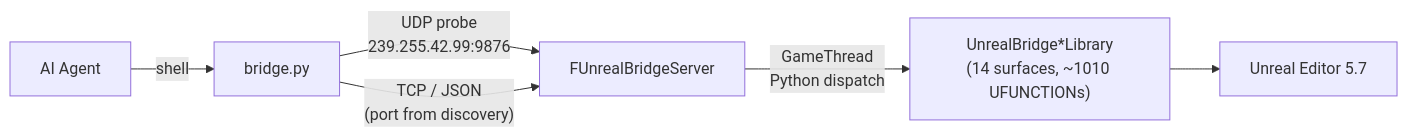
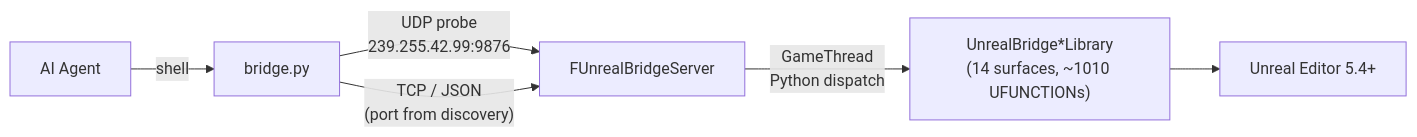
The diagram in README.md (TornLux/UnrealBridge), drawn with Mermaid before and after one commit. The commit also changed other lines of this file and 5 other files, not shown here.

````diff
--- a/README.md
+++ b/README.md
@@ -31,14 +31,14 @@
 ```mermaid
 flowchart LR
     Agent["AI Agent"]
     CLI["bridge.py"]
     Server["FUnrealBridgeServer"]
     Libs["UnrealBridge*Library<br/>(14 surfaces, ~1010 UFUNCTIONs)"]
-    UE["Unreal Editor 5.7"]
+    UE["Unreal Editor 5.4+"]
 
     Agent -- "shell" --> CLI
     CLI -- "UDP probe<br/>239.255.42.99:9876" --> Server
     CLI -- "TCP / JSON<br/>(port from discovery)" --> Server
     Server -- "GameThread<br/>Python dispatch" --> Libs
     Libs --> UE
 ```
````
